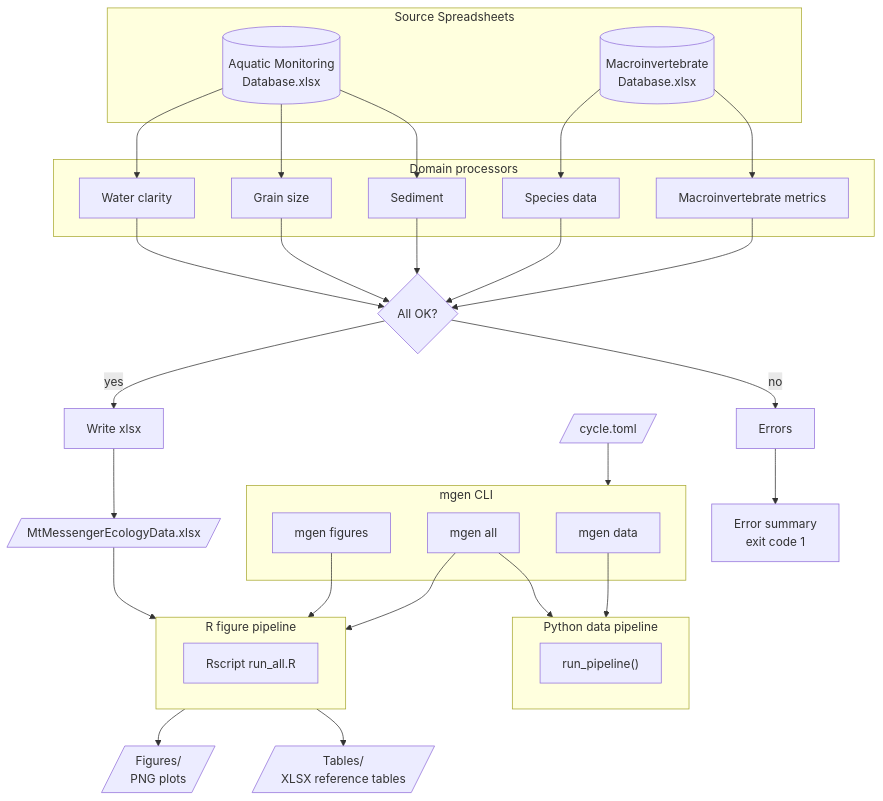
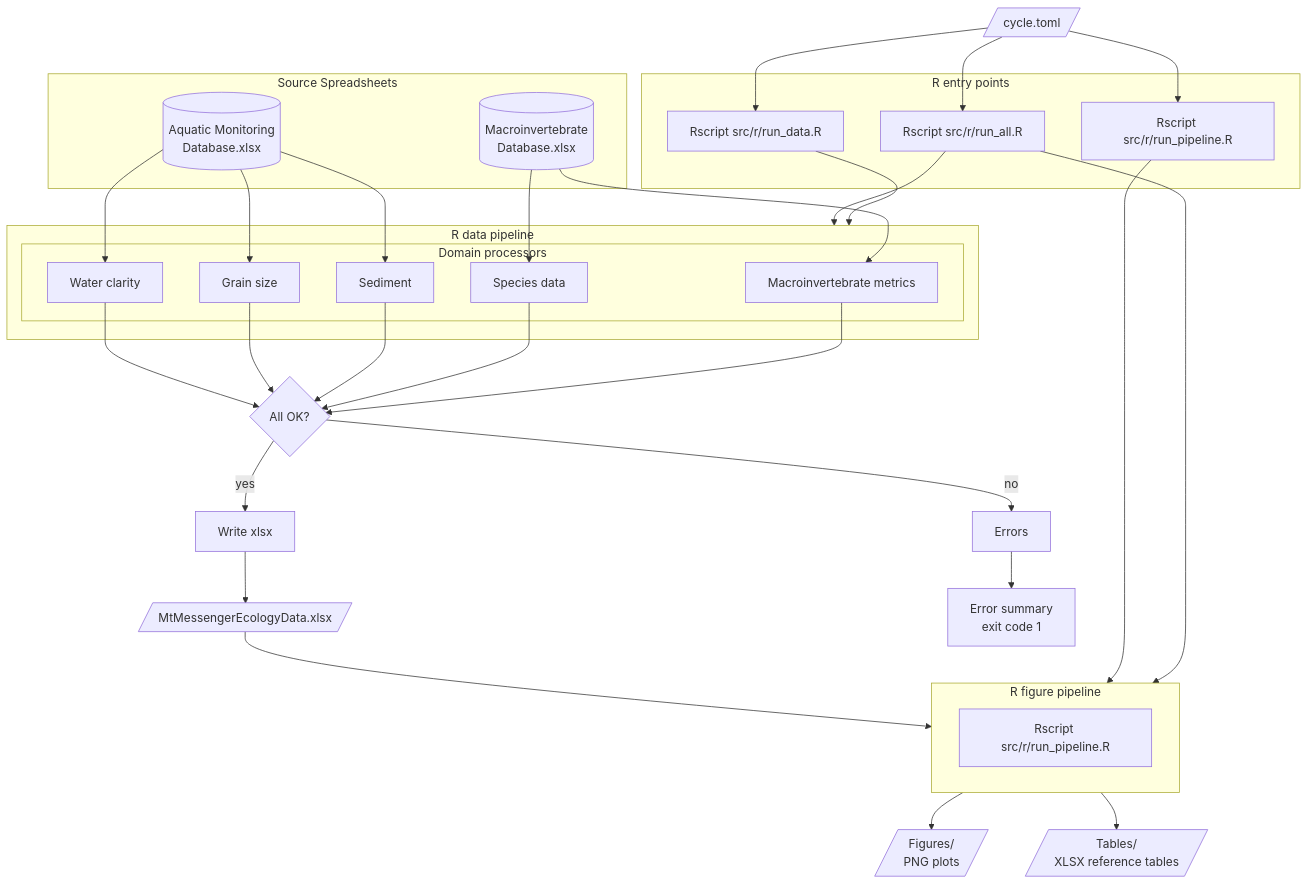
Before and after one commit to tonkintaylor/p-100181.4600-mt-messenger-ecology: the diagram in README.md, drawn with Mermaid. The commit also changed other lines of this file and 54 other files, not shown here.

First line of the commit message:
refactor: remove Python data pipeline; R-only project

````diff
--- a/README.md
+++ b/README.md
@@ -19,60 +17,60 @@
 ```mermaid
 flowchart TD
-    Config[/"cycle.toml"/] --> CLI
+    Config[/"cycle.toml"/] --> DataCmd
+    Config --> PipelineCmd
+    Config --> AllCmd
 
-    subgraph CLI ["mgen CLI"]
-        DataCmd["mgen data"]
-        FigCmd["mgen figures"]
-        AllCmd["mgen all"]
+    subgraph EntryPoints ["R entry points"]
+        DataCmd["Rscript src/r/run_data.R"]
+        PipelineCmd["Rscript src/r/run_pipeline.R"]
+        AllCmd["Rscript src/r/run_all.R"]
     end
 
     DataCmd --> Pipeline
     AllCmd --> Pipeline
     AllCmd --> RFigures
-
-    subgraph Pipeline ["Python data pipeline"]
-        RunPipeline["run_pipeline()"]
-    end
 
     subgraph Sources ["Source Spreadsheets"]
         MacroDB[("Macroinvertebrate\nDatabase.xlsx")]
         AquaticDB[("Aquatic Monitoring\nDatabase.xlsx")]
     end
 
     MacroDB --> Macro
     MacroDB --> MacroSpecies
     AquaticDB --> Sediment
     AquaticDB --> SedimentSize
     AquaticDB --> Clarity
 
-    subgraph Domains ["Domain processors"]
-        Macro["Macroinvertebrate metrics"]
-        MacroSpecies["Species data"]
-        Sediment["Sediment"]
-        SedimentSize["Grain size"]
-        Clarity["Water clarity"]
+    subgraph Pipeline ["R data pipeline"]
+        subgraph Domains ["Domain processors"]
+            Macro["Macroinvertebrate metrics"]
+            MacroSpecies["Species data"]
+            Sediment["Sediment"]
+            SedimentSize["Grain size"]
+            Clarity["Water clarity"]
+        end
     end
 
     Macro --> Merge
     MacroSpecies --> Merge
     Sediment --> Merge
     SedimentSize --> Merge
     Clarity --> Merge
 
     Merge{All OK?}
     Merge -->|yes| Writer
     Merge -->|no| Errors
 
     Writer["Write xlsx"] --> DataOutput[/"MtMessengerEcologyData.xlsx"/]
     Errors --> ErrReport["Error summary\nexit code 1"]
 
-    FigCmd --> RFigures
+    PipelineCmd --> RFigures
     DataOutput --> RFigures
 
     subgraph RFigures ["R figure pipeline"]
-        Rscript["Rscript run_all.R"]
+        Rscript["Rscript src/r/run_pipeline.R"]
     end
 
     RFigures --> Figures[/"Figures/\nPNG plots"/]
     RFigures --> Tables[/"Tables/\nXLSX reference tables"/]
 ```
````
